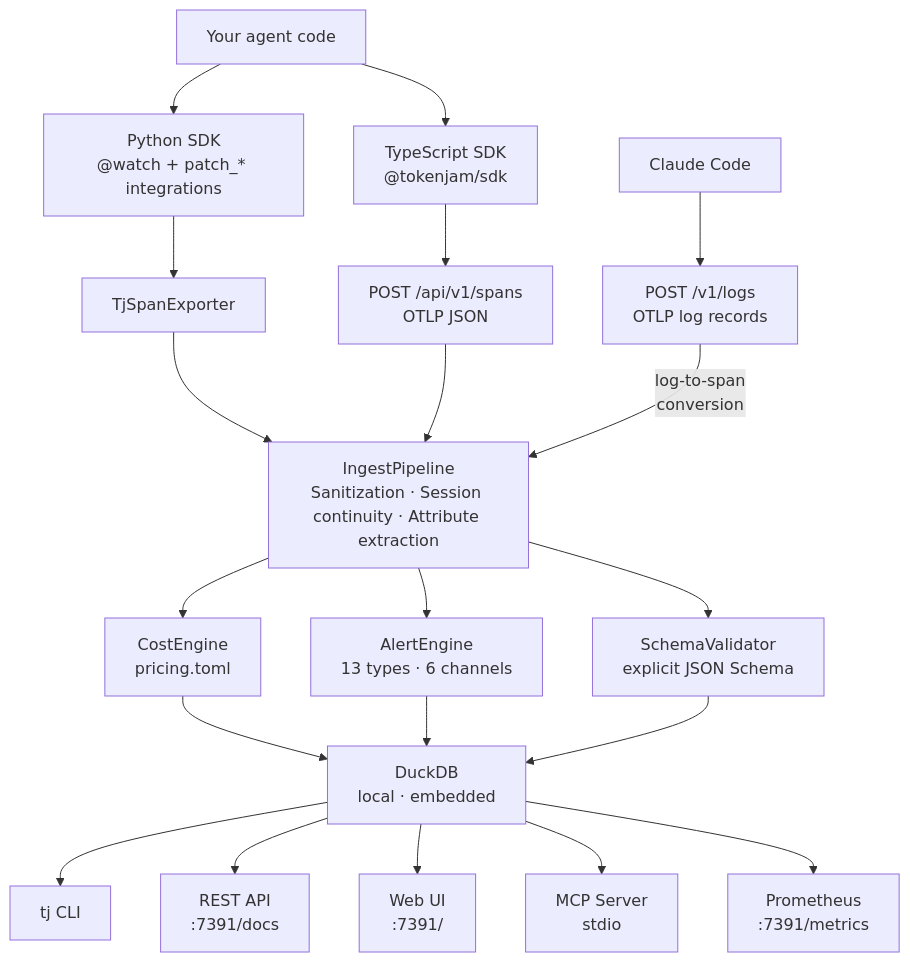
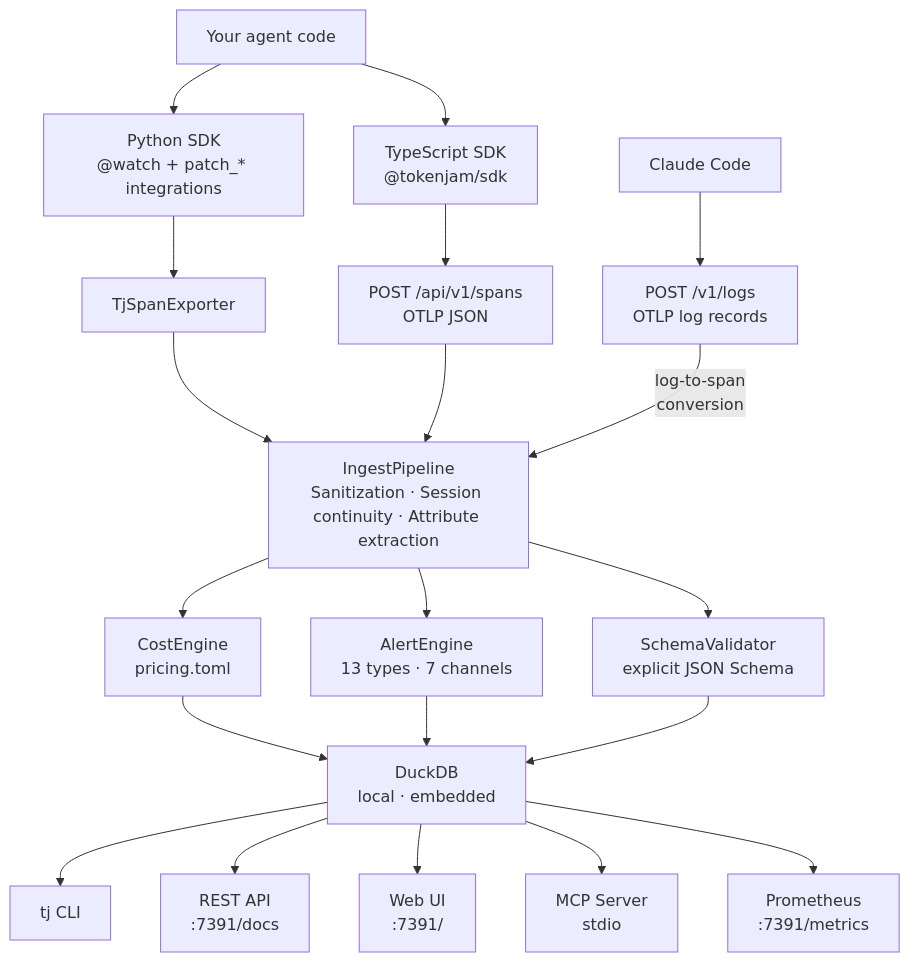
One commit to Metabuilder-Labs/tokenjam changed the diagram in docs/architecture.md. Above: the diagram before and after it, drawn with Mermaid. The commit also changed other lines of this file and 10 other files, not shown here.

````diff
--- a/docs/architecture.md
+++ b/docs/architecture.md
@@ -19,32 +19,32 @@
 ```mermaid
 flowchart TD
     Agent["Your agent code"]
     ClaudeCode["Claude Code"]
 
     Agent --> PythonSDK["Python SDK\n@watch + patch_* integrations"]
     Agent --> TypeScriptSDK["TypeScript SDK\n@tokenjam/sdk"]
     ClaudeCode --> Logs["POST /v1/logs\nOTLP log records"]
 
     PythonSDK --> Exporter["TjSpanExporter"]
     TypeScriptSDK --> HTTP["POST /api/v1/spans\nOTLP JSON"]
 
     Exporter --> Ingest
     HTTP --> Ingest
     Logs --> |"log-to-span\nconversion"| Ingest
 
     Ingest["IngestPipeline\nSanitization · Session continuity · Attribute extraction"]
 
     Ingest --> Cost["CostEngine\npricing.toml"]
-    Ingest --> Alerts["AlertEngine\n13 types · 6 channels"]
+    Ingest --> Alerts["AlertEngine\n13 types · 7 channels"]
     Ingest --> Schema["SchemaValidator\nexplicit JSON Schema"]
 
     Cost --> DB["DuckDB\nlocal · embedded"]
     Alerts --> DB
     Schema --> DB
 
     DB --> CLI["tj CLI"]
     DB --> API["REST API\n:7391/docs"]
     DB --> WebUI["Web UI\n:7391/"]
     DB --> MCP["MCP Server\nstdio"]
     DB --> Prom["Prometheus\n:7391/metrics"]
 ```
````
